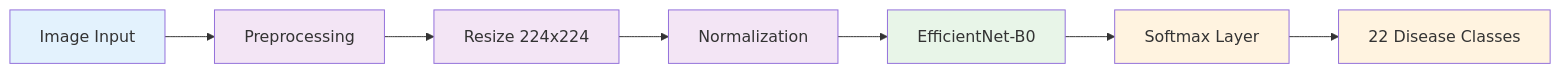
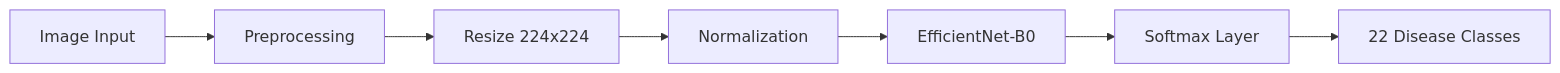
Before and after one commit to soloeinsteinmit/sonu-ai: the second of 3 diagrams in README.md, drawn with Mermaid. The commit also changed other lines of this file and 13 other files, not shown here.

````diff
--- a/README.md
+++ b/README.md
@@ -209,19 +207,14 @@
 ```mermaid
 graph LR
     INPUT[Image Input] --> PREP[Preprocessing]
     PREP --> RESIZE[Resize 224x224]
     RESIZE --> NORM[Normalization]
     NORM --> MODEL[EfficientNet-B0]
     MODEL --> SOFTMAX[Softmax Layer]
     SOFTMAX --> OUTPUT[22 Disease Classes]
     
-    classDef input fill:#e3f2fd
-    classDef process fill:#f3e5f5
-    classDef model fill:#e8f5e8
-    classDef output fill:#fff3e0
-    
     class INPUT input
     class PREP,RESIZE,NORM process
     class MODEL model
     class SOFTMAX,OUTPUT output
 ```
````
